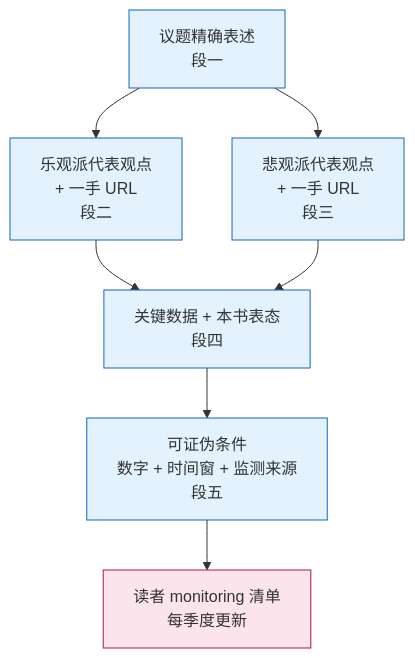
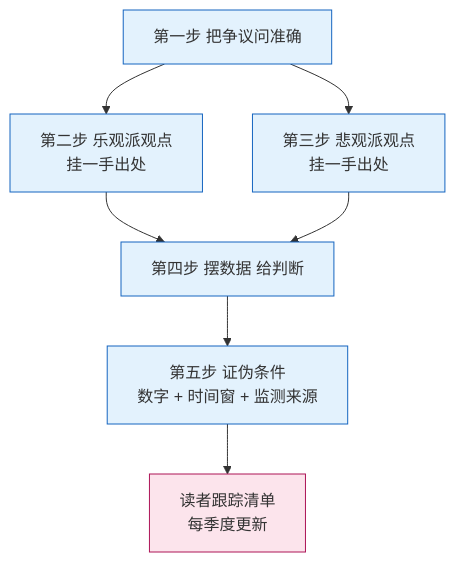
One commit to diguike/book-compute-economics changed the second of 5 diagrams in book/31-disputes-defense/README.md. Above: the diagram before and after it, drawn with Mermaid. The commit also changed other lines of this file and 33 other files, not shown here.

````diff
--- a/book/31-disputes-defense/README.md
+++ b/book/31-disputes-defense/README.md
@@ -126,21 +120,21 @@
 ```mermaid
 graph TD
-    Issue[议题精确表述<br/>段一]
-    Bull[乐观派代表观点<br/>+ 一手 URL<br/>段二]
-    Bear[悲观派代表观点<br/>+ 一手 URL<br/>段三]
-    Data[关键数据 + 本书表态<br/>段四]
-    Falsify[可证伪条件<br/>数字 + 时间窗 + 监测来源<br/>段五]
+    Issue[第一步 把争议问准确]
+    Bull[第二步 乐观派观点<br/>挂一手出处]
+    Bear[第三步 悲观派观点<br/>挂一手出处]
+    Data[第四步 摆数据 给判断]
+    Falsify[第五步 证伪条件<br/>数字 + 时间窗 + 监测来源]
 
     Issue --> Bull
     Issue --> Bear
     Bull --> Data
     Bear --> Data
     Data --> Falsify
 
-    Falsify --> Track[读者 monitoring 清单<br/>每季度更新]
+    Falsify --> Track[读者跟踪清单<br/>每季度更新]
 
     classDef step fill:#e3f2fd,stroke:#1565c0
     classDef result fill:#fce4ec,stroke:#ad1457
     class Issue,Bull,Bear,Data,Falsify step
     class Track result
 ```
````
